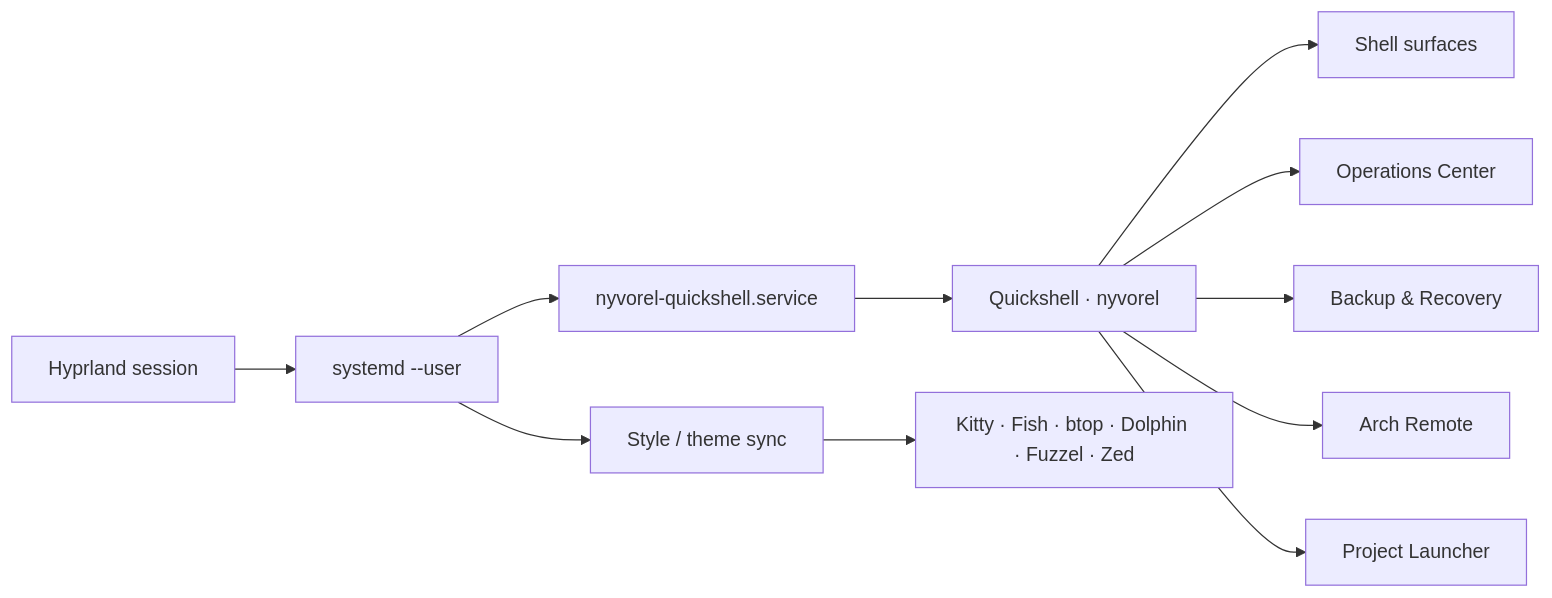
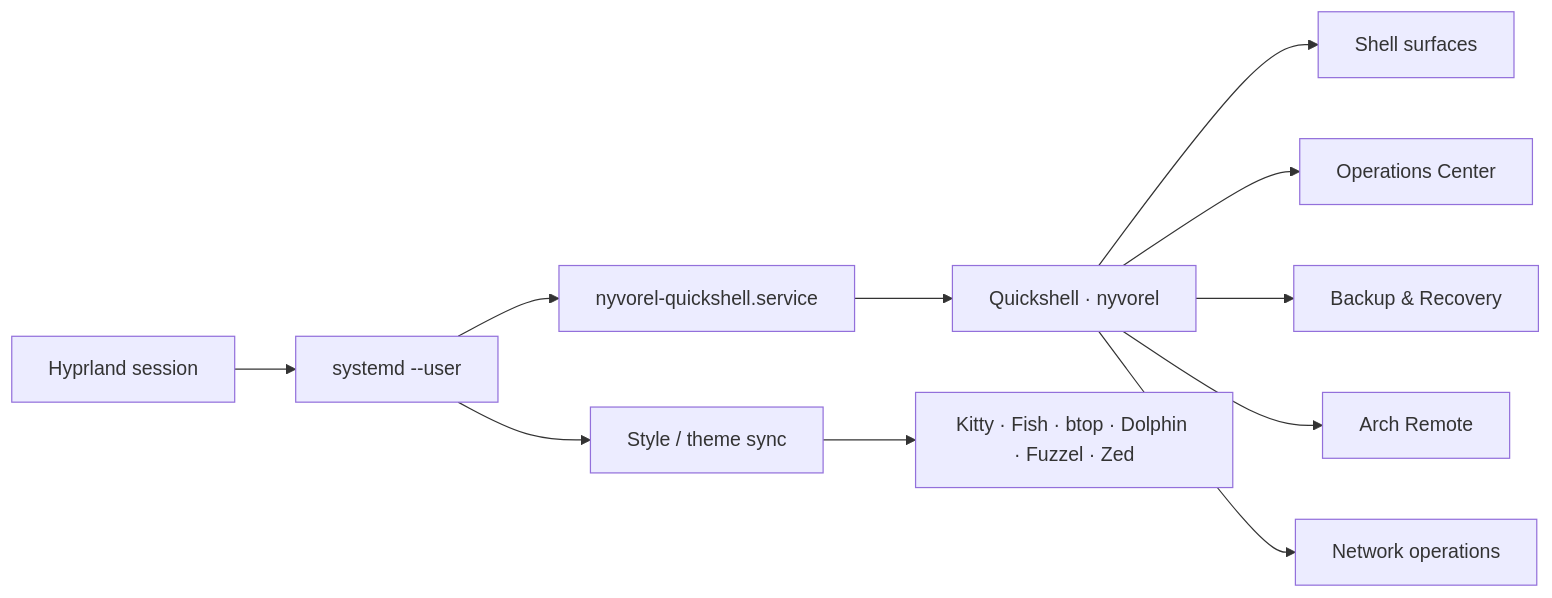
One commit to harkoussomar/nyvorel changed the diagram in README.md. Above: the diagram before and after it, drawn with Mermaid. The commit also changed other lines of this file and 361 other files, not shown here.

````diff
--- a/README.md
+++ b/README.md
@@ -373,20 +378,20 @@
 ```mermaid
 flowchart LR
     H["Hyprland session"]
     S["systemd --user"]
     Q["nyvorel-quickshell.service"]
     N["Quickshell · nyvorel"]
 
     H --> S
     S --> Q
     Q --> N
 
     N --> UI["Shell surfaces"]
     N --> OPS["Operations Center"]
     N --> BR["Backup & Recovery"]
     N --> AR["Arch Remote"]
-    N --> PL["Project Launcher"]
+    N --> NET["Network operations"]
 
     S --> SYNC["Style / theme sync"]
     SYNC --> APPS["Kitty · Fish · btop · Dolphin · Fuzzel · Zed"]
 ```
````
